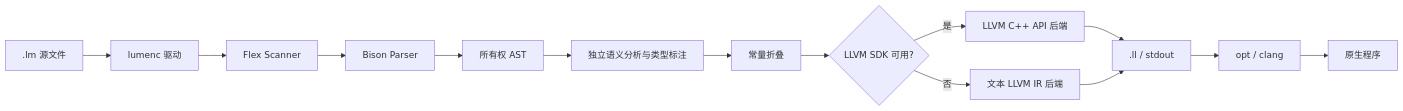
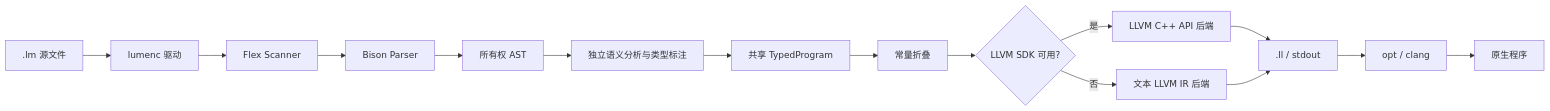
One commit to wiseism/c-compiler changed the diagram in docs/architecture.md. Above: the diagram before and after it, drawn with Mermaid. The commit also changed other lines of this file and 10 other files, not shown here.

````diff
--- a/docs/architecture.md
+++ b/docs/architecture.md
@@ -25,16 +25,17 @@
 ```mermaid
 flowchart LR
     Source[.lm 源文件] --> Driver[lumenc 驱动]
     Driver --> Flex[Flex Scanner]
     Flex --> Bison[Bison Parser]
     Bison --> AST[所有权 AST]
     AST --> Semantic[独立语义分析与类型标注]
-    Semantic --> Fold[常量折叠]
+    Semantic --> TIR[共享 TypedProgram]
+    TIR --> Fold[常量折叠]
     Fold --> Select{LLVM SDK 可用?}
     Select -->|是| API[LLVM C++ API 后端]
     Select -->|否| Text[文本 LLVM IR 后端]
     API --> IR[.ll / stdout]
     Text --> IR
     IR --> LLVM[opt / clang]
     LLVM --> Native[原生程序]
 ```
````
